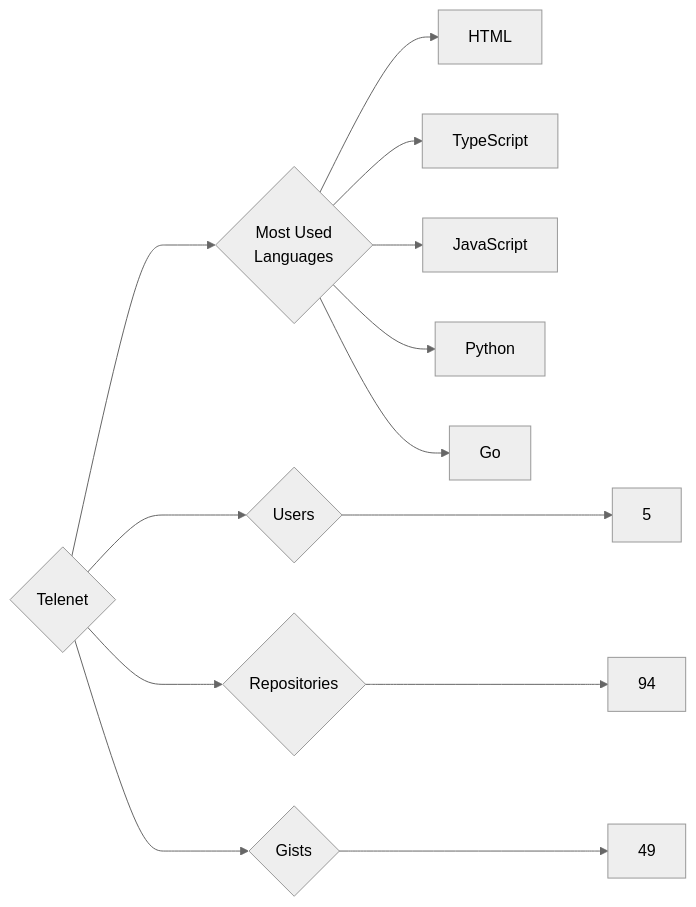
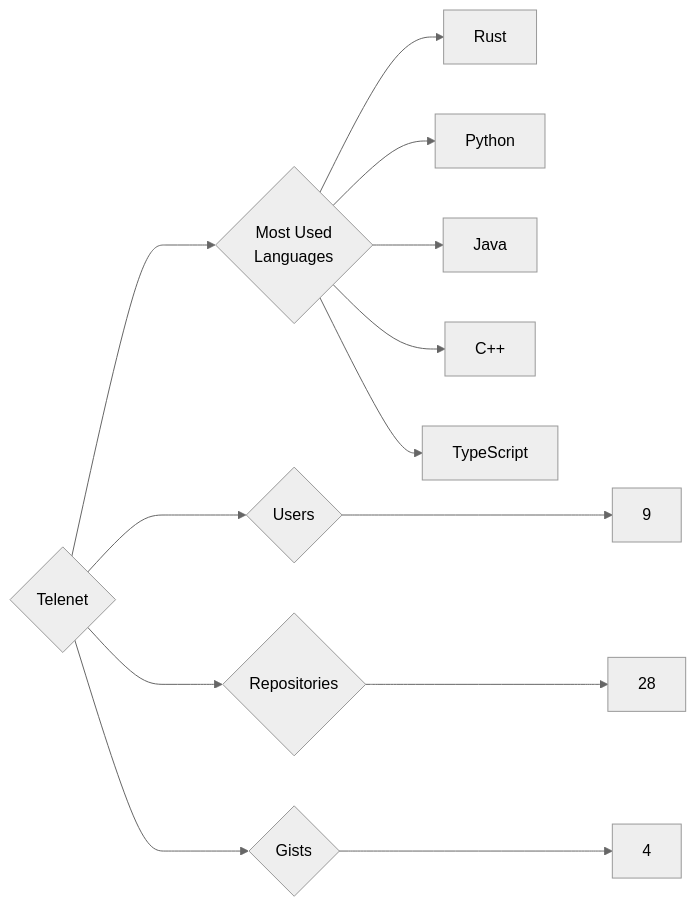
The diagram in targets/Telenet/README.md (trickest/insiders), drawn with Mermaid (neutral theme) before and after one commit. The commit also changed 815 other files, not shown here.

````diff
--- a/targets/Telenet/README.md
+++ b/targets/Telenet/README.md
@@ -3,13 +3,13 @@
 ```mermaid
 graph LR
 COMPANY_NAME{Telenet}
-COMPANY_NAME ---> U{Users} ---> UN[5]
-COMPANY_NAME ---> R{Repositories} ---> RN[94]
-COMPANY_NAME ---> G{Gists} ---> GN[49]
+COMPANY_NAME ---> U{Users} ---> UN[9]
+COMPANY_NAME ---> R{Repositories} ---> RN[28]
+COMPANY_NAME ---> G{Gists} ---> GN[4]
 COMPANY_NAME ---> ML{Most Used<br>Languages}
-ML --> HTML[HTML]
+ML --> Rust[Rust]
+ML --> Python[Python]
+ML --> Java[Java]
+ML --> C++[C++]
 ML --> TypeScript[TypeScript]
-ML --> JavaScript[JavaScript]
-ML --> Python[Python]
-ML --> Go[Go]
 ```
````
